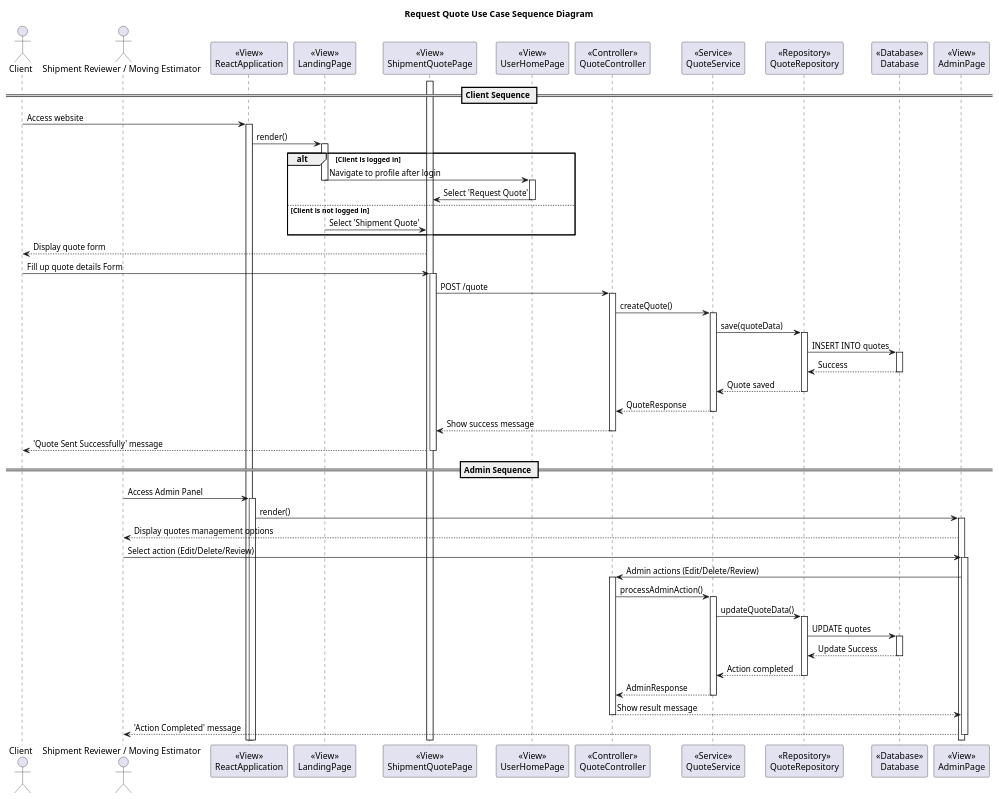
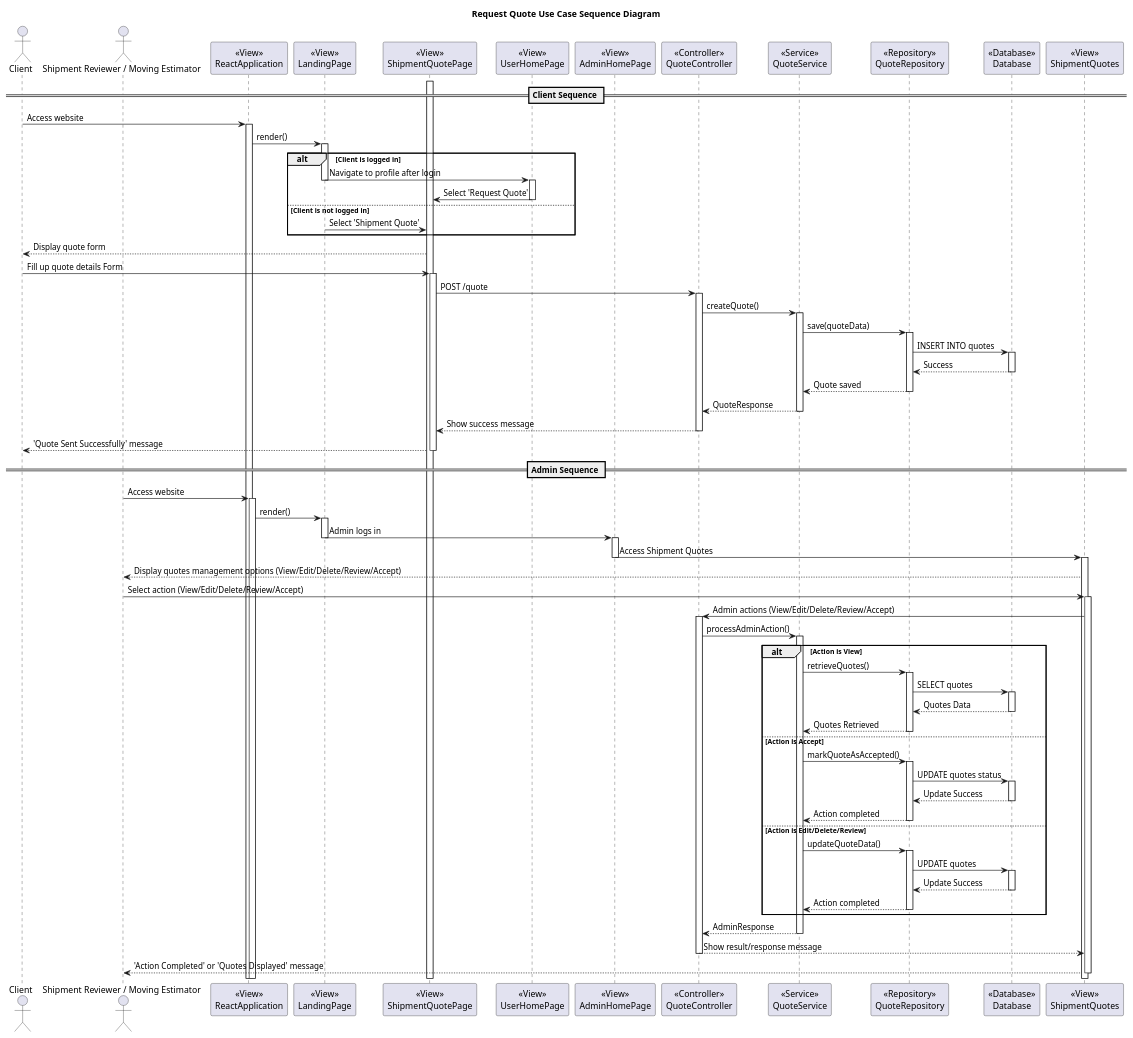
Before and after one commit to nic5694/MovingExpress: the diagram in Diagrams/Sprints/Sprint_1-Request_Quote/Design_lvl_SSD_Global.puml, drawn with PlantUML.

Commit message:
Global SSD pt.2

```diff
--- a/Diagrams/Sprints/Sprint_1-Request_Quote/Design_lvl_SSD_Global.puml
+++ b/Diagrams/Sprints/Sprint_1-Request_Quote/Design_lvl_SSD_Global.puml
@@ -1,103 +1,136 @@
 @startuml
 title Request Quote Use Case Sequence Diagram
 
 actor Client
 actor "Shipment Reviewer / Moving Estimator" as Admin
 
 participant ReactApplication as "<<View>>\nReactApplication"
 participant LandingPage as "<<View>>\nLandingPage"
 participant ShipmentQuotePage as "<<View>>\nShipmentQuotePage"
 participant UserHomePage as "<<View>>\nUserHomePage"
+participant AdminHomePage as "<<View>>\nAdminHomePage"
 participant QuoteController as "<<Controller>>\nQuoteController"
 participant QuoteService as "<<Service>>\nQuoteService"
 participant QuoteRepository as "<<Repository>>\nQuoteRepository"
 participant Database as "<<Database>>\nDatabase"
-participant AdminPage as "<<View>>\nAdminPage"
+participant ShipmentQuotes as "<<View>>\nShipmentQuotes"
 
 == Client Sequence ==
 Client -> ReactApplication : Access website
 activate ReactApplication
 
 ReactApplication -> LandingPage : render()
 activate LandingPage
 
 alt Client is logged in
     LandingPage -> UserHomePage : Navigate to profile after login
     deactivate LandingPage
     activate UserHomePage
     UserHomePage -> ShipmentQuotePage : Select 'Request Quote'
     deactivate UserHomePage
 else Client is not logged in
     LandingPage -> ShipmentQuotePage : Select 'Shipment Quote'
     deactivate LandingPage
 end
 activate ShipmentQuotePage
 
 ShipmentQuotePage --> Client : Display quote form
 Client -> ShipmentQuotePage : Fill up quote details Form
 activate ShipmentQuotePage
 
 ShipmentQuotePage -> QuoteController : POST /quote
 activate QuoteController
 
 QuoteController -> QuoteService : createQuote()
 activate QuoteService
 
 QuoteService -> QuoteRepository : save(quoteData)
 activate QuoteRepository
 
 QuoteRepository -> Database : INSERT INTO quotes
 activate Database
 Database --> QuoteRepository : Success
 deactivate Database
 
 QuoteRepository --> QuoteService : Quote saved
 deactivate QuoteRepository
 
 QuoteService --> QuoteController : QuoteResponse
 deactivate QuoteService
 
 QuoteController --> ShipmentQuotePage : Show success message
 deactivate QuoteController
 
 ShipmentQuotePage --> Client : 'Quote Sent Successfully' message
 deactivate ShipmentQuotePage
 
 == Admin Sequence ==
-Admin -> ReactApplication : Access Admin Panel
+Admin -> ReactApplication : Access website
 activate ReactApplication
 
-ReactApplication -> AdminPage : render()
-activate AdminPage
+ReactApplication -> LandingPage : render()
+activate LandingPage
 
-AdminPage --> Admin : Display quotes management options
-Admin -> AdminPage : Select action (Edit/Delete/Review)
-activate AdminPage
+LandingPage -> AdminHomePage : Admin logs in
+deactivate LandingPage
+activate AdminHomePage
 
-AdminPage -> QuoteController : Admin actions (Edit/Delete/Review)
+AdminHomePage -> ShipmentQuotes : Access Shipment Quotes
+deactivate AdminHomePage
+activate ShipmentQuotes
+
+ShipmentQuotes --> Admin : Display quotes management options (View/Edit/Delete/Review/Accept)
+Admin -> ShipmentQuotes : Select action (View/Edit/Delete/Review/Accept)
+activate ShipmentQuotes
+
+ShipmentQuotes -> QuoteController : Admin actions (View/Edit/Delete/Review/Accept)
 activate QuoteController
 
 QuoteController -> QuoteService : processAdminAction()
 activate QuoteService
 
-QuoteService -> QuoteRepository : updateQuoteData()
-activate QuoteRepository
+alt Action is View
+    QuoteService -> QuoteRepository : retrieveQuotes()
+    activate QuoteRepository
 
-QuoteRepository -> Database : UPDATE quotes
-activate Database
-Database --> QuoteRepository : Update Success
-deactivate Database
+    QuoteRepository -> Database : SELECT quotes
+    activate Database
+    Database --> QuoteRepository : Quotes Data
+    deactivate Database
 
-QuoteRepository --> QuoteService : Action completed
-deactivate QuoteRepository
+    QuoteRepository --> QuoteService : Quotes Retrieved
+    deactivate QuoteRepository
+else Action is Accept
+    QuoteService -> QuoteRepository : markQuoteAsAccepted()
+    activate QuoteRepository
+
+    QuoteRepository -> Database : UPDATE quotes status
+    activate Database
+    Database --> QuoteRepository : Update Success
+    deactivate Database
+
+    QuoteRepository --> QuoteService : Action completed
+    deactivate QuoteRepository
+else Action is Edit/Delete/Review
+    QuoteService -> QuoteRepository : updateQuoteData()
+    activate QuoteRepository
+
+    QuoteRepository -> Database : UPDATE quotes
+    activate Database
+    Database --> QuoteRepository : Update Success
+    deactivate Database
+
+    QuoteRepository --> QuoteService : Action completed
+    deactivate QuoteRepository
+end
 
 QuoteService --> QuoteController : AdminResponse
 deactivate QuoteService
 
-QuoteController --> AdminPage : Show result message
+QuoteController --> ShipmentQuotes : Show result/response message
 deactivate QuoteController
 
-AdminPage --> Admin : 'Action Completed' message
-deactivate AdminPage
+ShipmentQuotes --> Admin : 'Action Completed' or 'Quotes Displayed' message
+deactivate ShipmentQuotes
 
 @enduml
```
